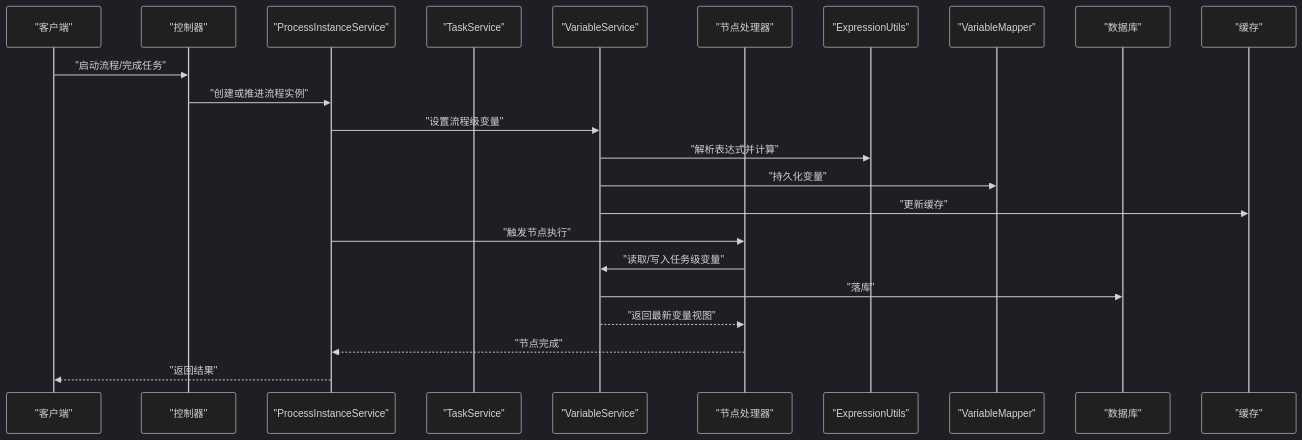
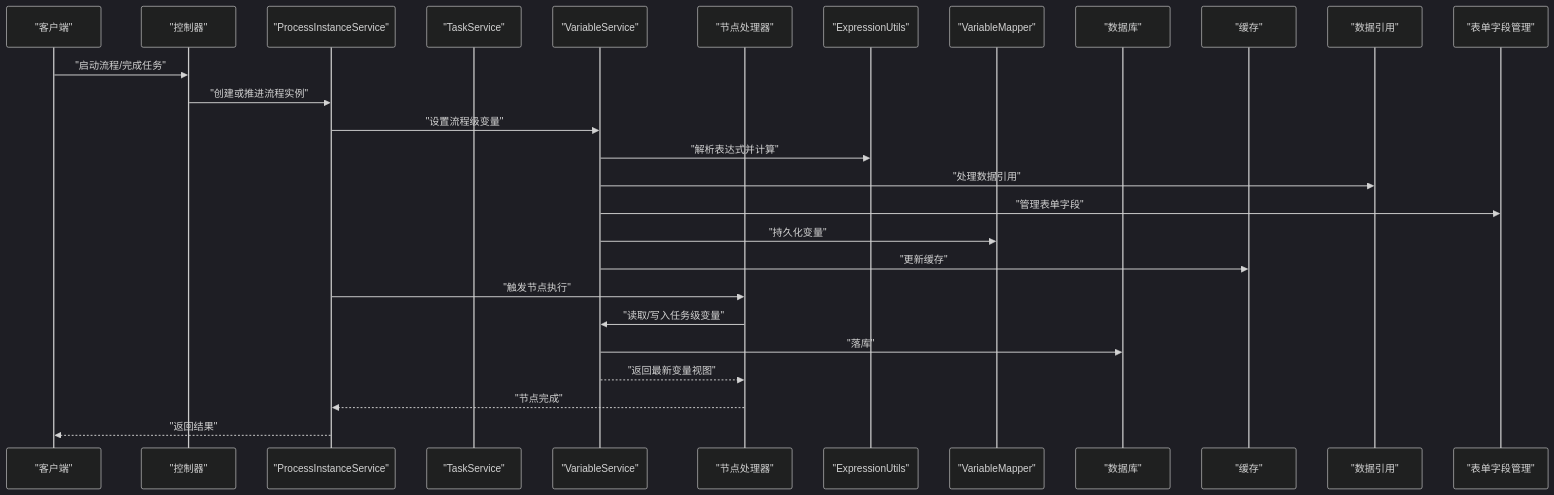
The second of 12 diagrams in .qoder/repowiki/zh/content/流程执行引擎/变量管理系统.md (liming-lihaini/workflow), drawn with Mermaid (dark theme) before and after one commit. The commit also changed other lines of this file and 18 other files, not shown here.

````diff
--- a/.qoder/repowiki/zh/content/流程执行引擎/变量管理系统.md
+++ b/.qoder/repowiki/zh/content/流程执行引擎/变量管理系统.md
@@ -180,25 +193,29 @@
 ```mermaid
 sequenceDiagram
 participant Client as "客户端"
 participant API as "控制器"
 participant PI as "ProcessInstanceService"
 participant TS as "TaskService"
 participant VS as "VariableService"
 participant NH as "节点处理器"
 participant EXP as "ExpressionUtils"
 participant MAP as "VariableMapper"
 participant DB as "数据库"
 participant CACHE as "缓存"
+participant DR as "数据引用"
+participant FM as "表单字段管理"
 Client->>API : "启动流程/完成任务"
 API->>PI : "创建或推进流程实例"
 PI->>VS : "设置流程级变量"
 VS->>EXP : "解析表达式并计算"
+VS->>DR : "处理数据引用"
+VS->>FM : "管理表单字段"
 VS->>MAP : "持久化变量"
 VS->>CACHE : "更新缓存"
 PI->>NH : "触发节点执行"
 NH->>VS : "读取/写入任务级变量"
 VS->>DB : "落库"
 VS-->>NH : "返回最新变量视图"
 NH-->>PI : "节点完成"
 PI-->>Client : "返回结果"
 ```
````
